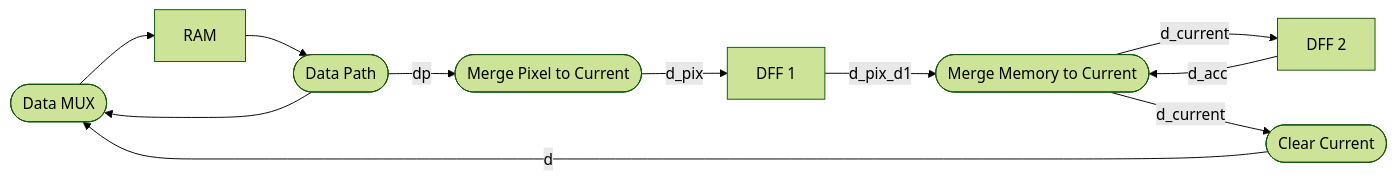
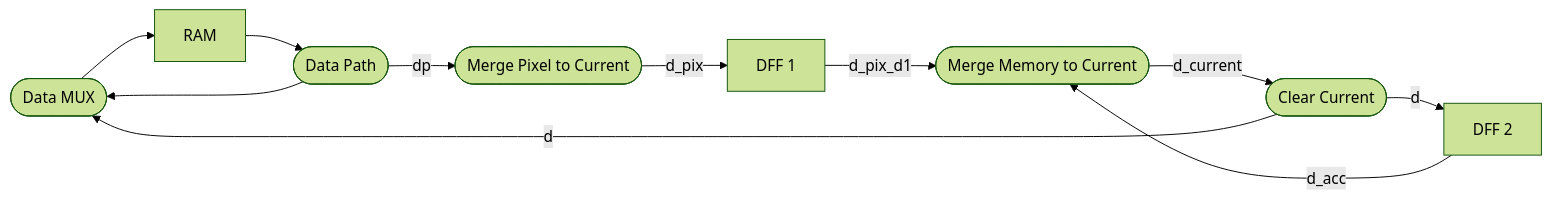
The second of 2 diagrams in doc/optimization_of_feature_accumulator.md (Topi-ab/linkruncca), drawn with Mermaid (forest theme) before and after one commit.

````diff
--- a/doc/optimization_of_feature_accumulator.md
+++ b/doc/optimization_of_feature_accumulator.md
@@ -41,22 +41,22 @@
 ```mermaid
 flowchart LR
     mux([Data MUX])
     mem[RAM]
     async_1([Data Path])
     async_2([Merge Memory to Current])
     async_3([Merge Pixel to Current])
     async_4([Clear Current])
     dff1[DFF 1]
     dff2[DFF 2]
 
     mux --> mem
     mem --> async_1
     async_1 --> mux
     async_1 -->|dp| async_3
     async_3 -->|d_pix| dff1
     dff1 -->|d_pix_d1| async_2
-    async_2 -->|d_current| dff2
+    async_4 -->|d| dff2
     dff2 -->|d_acc| async_2
     async_2 -->|d_current| async_4
     async_4 -->|d| mux
 ```
````
